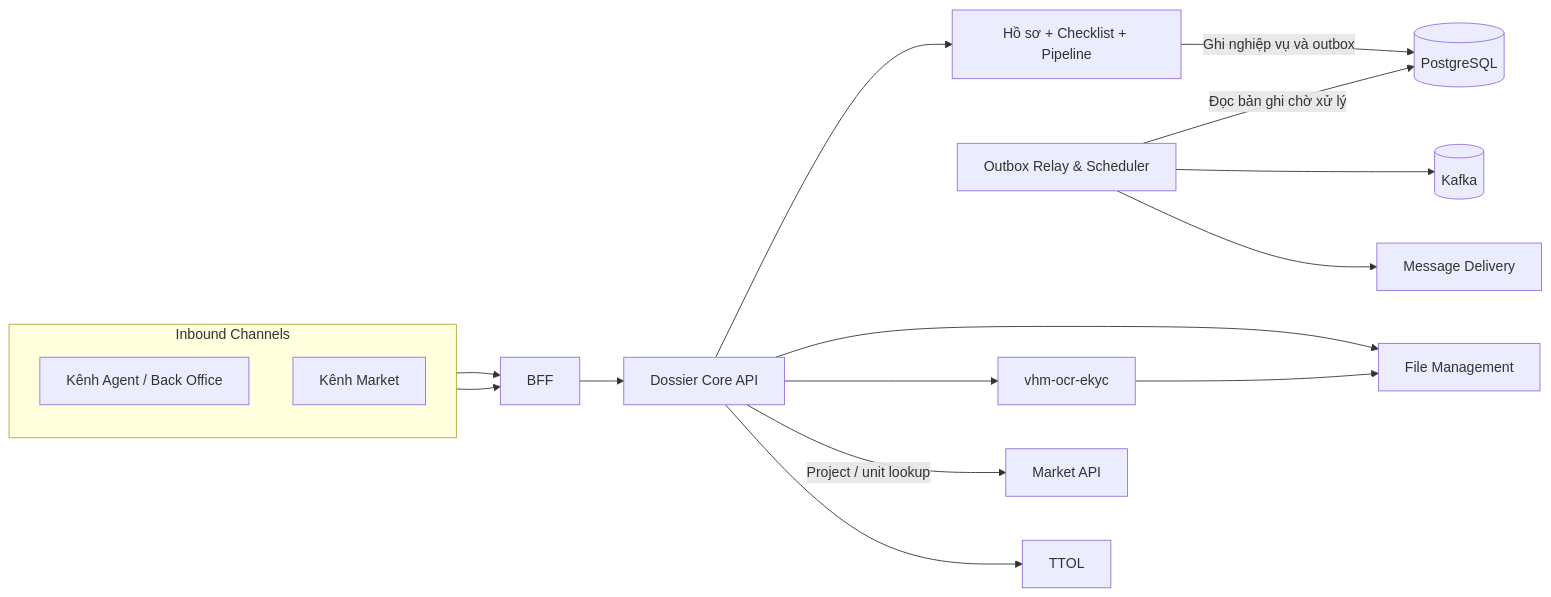
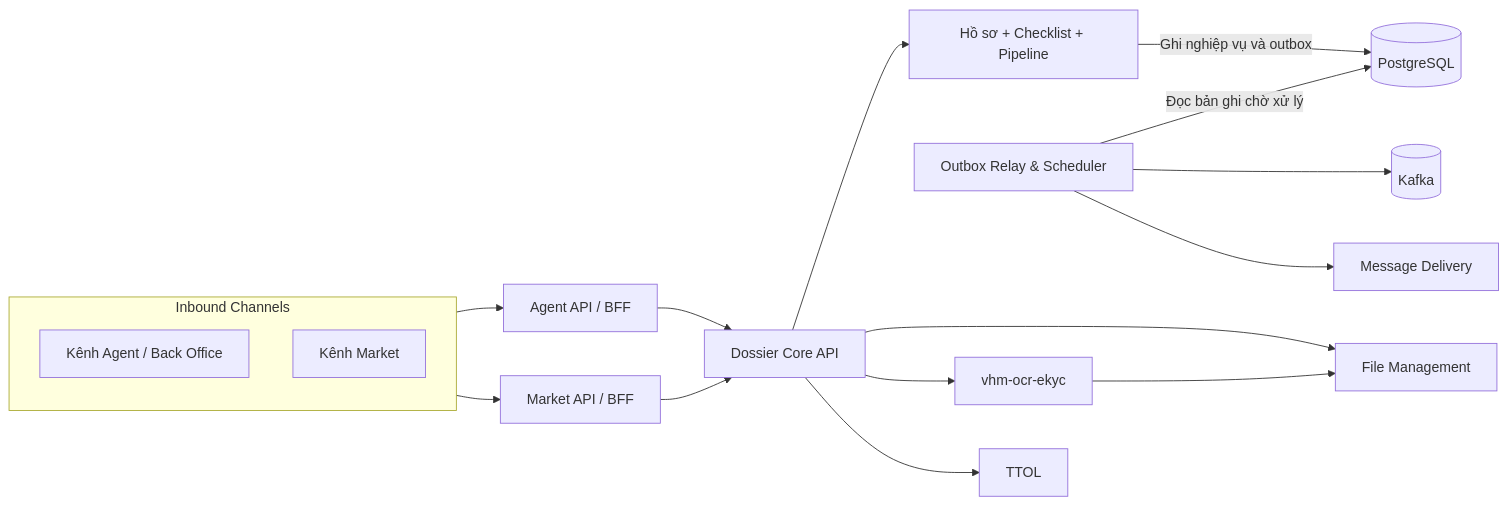
One commit to huynv-xyz/vhm changed the second of 8 diagrams in tdd-dossier.md. Above: the diagram before and after it, drawn with Mermaid. The commit also changed other lines of this file, not shown here.

````diff
--- a/tdd-dossier.md
+++ b/tdd-dossier.md
@@ -207,21 +207,21 @@
 ```mermaid
 flowchart LR
     subgraph Channels[Inbound Channels]
         direction TB
         AgentChannel[Kênh Agent / Back Office]
         MarketChannel[Kênh Market]
     end
-    AgentChannel --> BFF[BFF]
-    MarketChannel --> BFF
-    BFF --> API[Dossier Core API]
+    AgentChannel --> AgentAPI[Agent API / BFF]
+    MarketChannel --> MarketAPI[Market API / BFF]
+    AgentAPI --> API[Dossier Core API]
+    MarketAPI --> API
     API --> Domain[Hồ sơ + Checklist + Pipeline]
     Domain -->|Ghi nghiệp vụ và outbox| DB[(PostgreSQL)]
     Relay[Outbox Relay & Scheduler] -->|Đọc bản ghi chờ xử lý| DB
     Relay --> Kafka[(Kafka)]
     Relay --> Message[Message Delivery]
     API --> File[File Management]
     API --> OCR[vhm-ocr-ekyc]
     OCR --> File
-    API -->|Project / unit lookup| MarketAPI[Market API]
     API --> Enterprise[TTOL]
 ```
````
